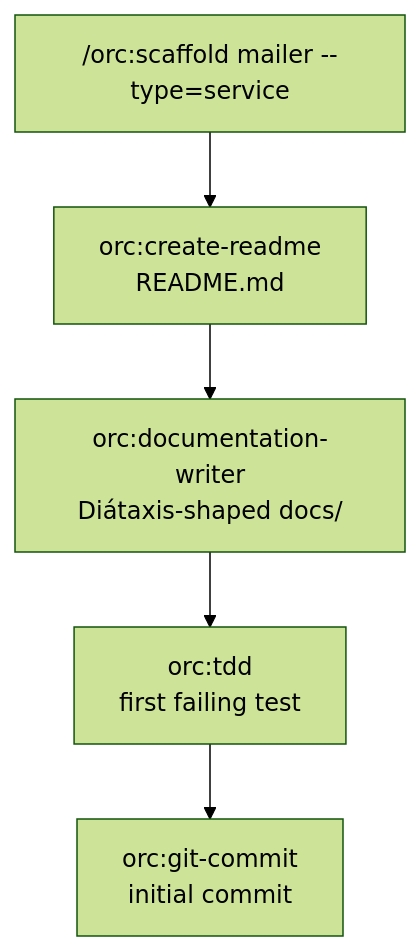
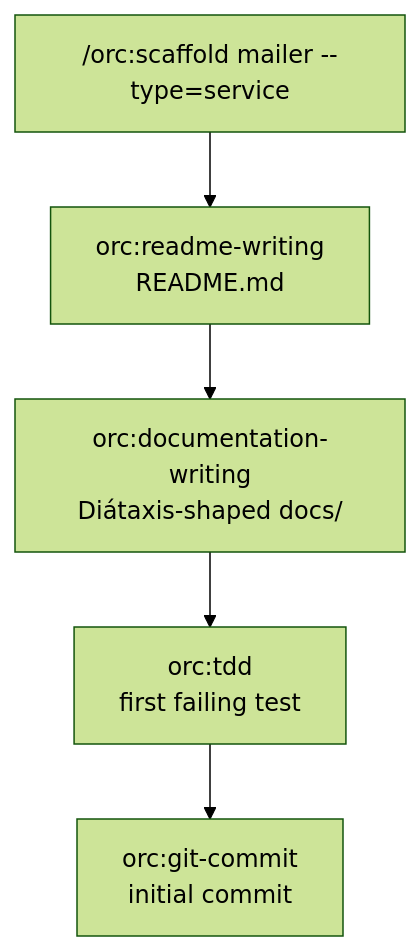
The diagram in examples/04-writing-documentation.md (HigorAlves/orc), drawn with Mermaid (forest theme) before and after one commit. The commit also changed other lines of this file and 161 other files, not shown here.

````diff
--- a/examples/04-writing-documentation.md
+++ b/examples/04-writing-documentation.md
@@ -13,10 +13,10 @@
 ```mermaid
 flowchart TD
     scaffold["/orc:scaffold mailer --type=service"]
-    readme[orc:create-readme<br/>README.md]
-    docs[orc:documentation-writer<br/>Diátaxis-shaped docs/]
+    readme[orc:readme-writing<br/>README.md]
+    docs[orc:documentation-writing<br/>Diátaxis-shaped docs/]
     tdd[orc:tdd<br/>first failing test]
     commit[orc:git-commit<br/>initial commit]
 
     scaffold --> readme --> docs --> tdd --> commit
 ```
````
